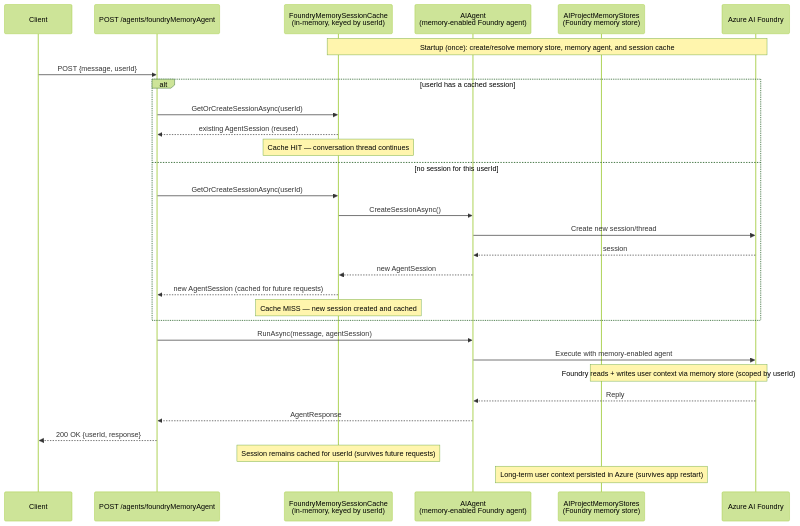
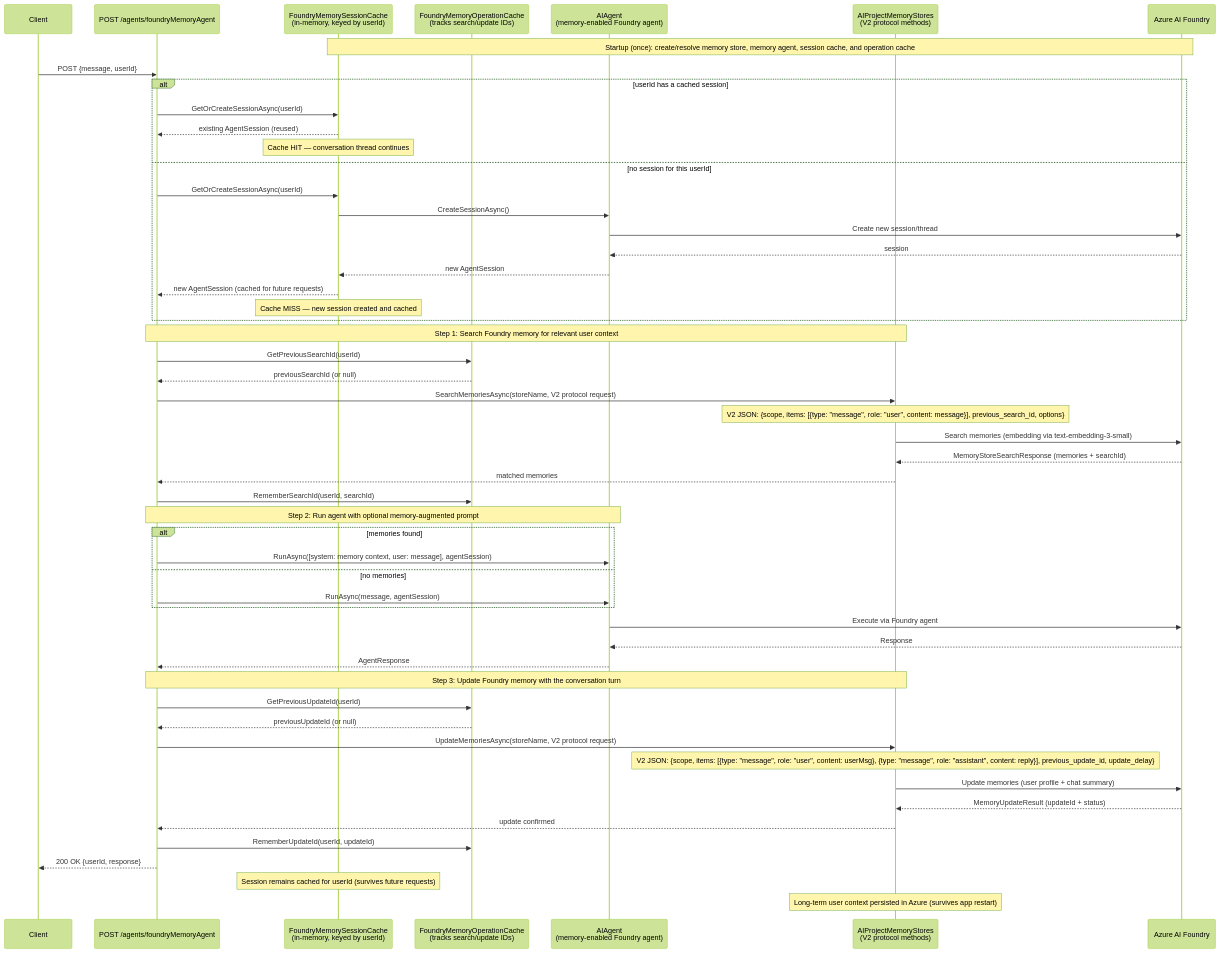
One commit to sunilkrishnatry/agent-hub-dotnet changed the third of 3 diagrams in diagram.md. Above: the diagram before and after it, drawn with Mermaid (forest theme). The commit also changed 3 other files, not shown here.

````diff
--- a/diagram.md
+++ b/diagram.md
@@ -112,37 +112,63 @@
 ```mermaid
 sequenceDiagram
     participant Client
     participant Route as POST /agents/foundryMemoryAgent
     participant Cache as FoundryMemorySessionCache<br/>(in-memory, keyed by userId)
+    participant OpCache as FoundryMemoryOperationCache<br/>(tracks search/update IDs)
     participant Agent as AIAgent<br/>(memory-enabled Foundry agent)
-    participant MemoryStore as AIProjectMemoryStores<br/>(Foundry memory store)
+    participant MemoryAPI as AIProjectMemoryStores<br/>(V2 protocol methods)
     participant Foundry as Azure AI Foundry
 
-    Note over Cache,Foundry: Startup (once): create/resolve memory store, memory agent, and session cache
+    Note over Cache,Foundry: Startup (once): create/resolve memory store, memory agent, session cache, and operation cache
 
     Client->>Route: POST {message, userId}
 
     alt userId has a cached session
         Route->>Cache: GetOrCreateSessionAsync(userId)
         Cache-->>Route: existing AgentSession (reused)
         Note over Cache: Cache HIT — conversation thread continues
     else no session for this userId
         Route->>Cache: GetOrCreateSessionAsync(userId)
         Cache->>Agent: CreateSessionAsync()
         Agent->>Foundry: Create new session/thread
         Foundry-->>Agent: session
         Agent-->>Cache: new AgentSession
         Cache-->>Route: new AgentSession (cached for future requests)
         Note over Cache: Cache MISS — new session created and cached
     end
 
-    Route->>Agent: RunAsync(message, agentSession)
-    Agent->>Foundry: Execute with memory-enabled agent
-    Note over MemoryStore,Foundry: Foundry reads + writes user context via memory store (scoped by userId)
-    Foundry-->>Agent: Reply
+    Note over Route,MemoryAPI: Step 1: Search Foundry memory for relevant user context
+    Route->>OpCache: GetPreviousSearchId(userId)
+    OpCache-->>Route: previousSearchId (or null)
+    Route->>MemoryAPI: SearchMemoriesAsync(storeName, V2 protocol request)
+    Note over MemoryAPI: V2 JSON: {scope, items: [{type: "message", role: "user", content: message}], previous_search_id, options}
+    MemoryAPI->>Foundry: Search memories (embedding via text-embedding-3-small)
+    Foundry-->>MemoryAPI: MemoryStoreSearchResponse (memories + searchId)
+    MemoryAPI-->>Route: matched memories
+    Route->>OpCache: RememberSearchId(userId, searchId)
+
+    Note over Route,Agent: Step 2: Run agent with optional memory-augmented prompt
+    alt memories found
+        Route->>Agent: RunAsync([system: memory context, user: message], agentSession)
+    else no memories
+        Route->>Agent: RunAsync(message, agentSession)
+    end
+    Agent->>Foundry: Execute via Foundry agent
+    Foundry-->>Agent: Response
     Agent-->>Route: AgentResponse
+
+    Note over Route,MemoryAPI: Step 3: Update Foundry memory with the conversation turn
+    Route->>OpCache: GetPreviousUpdateId(userId)
+    OpCache-->>Route: previousUpdateId (or null)
+    Route->>MemoryAPI: UpdateMemoriesAsync(storeName, V2 protocol request)
+    Note over MemoryAPI: V2 JSON: {scope, items: [{type: "message", role: "user", content: userMsg}, {type: "message", role: "assistant", content: reply}], previous_update_id, update_delay}
+    MemoryAPI->>Foundry: Update memories (user profile + chat summary)
+    Foundry-->>MemoryAPI: MemoryUpdateResult (updateId + status)
+    MemoryAPI-->>Route: update confirmed
+    Route->>OpCache: RememberUpdateId(userId, updateId)
+
     Route-->>Client: 200 OK {userId, response}
 
     Note over Cache: Session remains cached for userId (survives future requests)
-    Note over MemoryStore: Long-term user context persisted in Azure (survives app restart)
+    Note over MemoryAPI: Long-term user context persisted in Azure (survives app restart)
 ```
````
